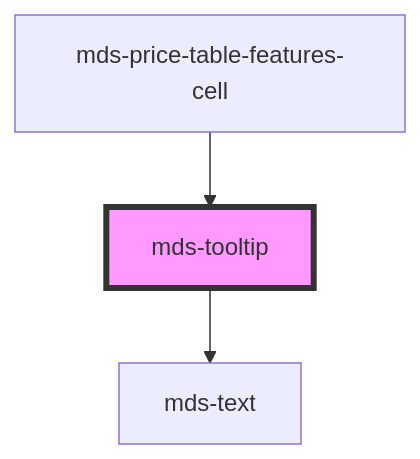
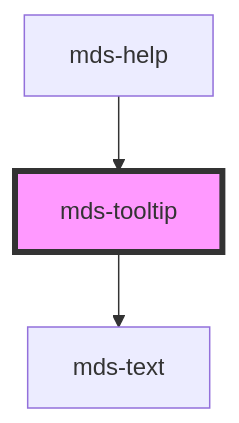
Before and after one commit to magma-design-system/magma: the diagram in projects/stencil/src/components/mds-tooltip/readme.md, drawn with Mermaid. The commit also changed other lines of this file and 4 other files, not shown here.

Commit message:
change(mds-tooltip): target attribute now uses a querySelector based method to let more flexibility

````diff
--- a/projects/stencil/src/components/mds-tooltip/readme.md
+++ b/projects/stencil/src/components/mds-tooltip/readme.md
@@ -58,6 +65,6 @@
 ```mermaid
 graph TD;
   mds-tooltip --> mds-text
-  mds-price-table-features-cell --> mds-tooltip
+  mds-help --> mds-tooltip
   style mds-tooltip fill:#f9f,stroke:#333,stroke-width:4px
 ```
````
